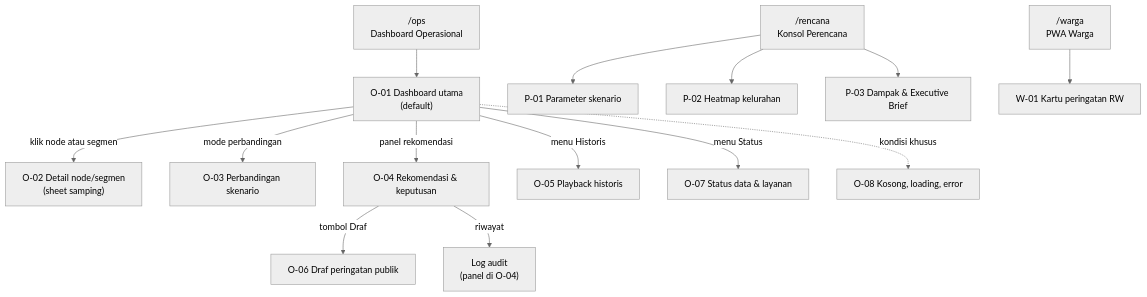
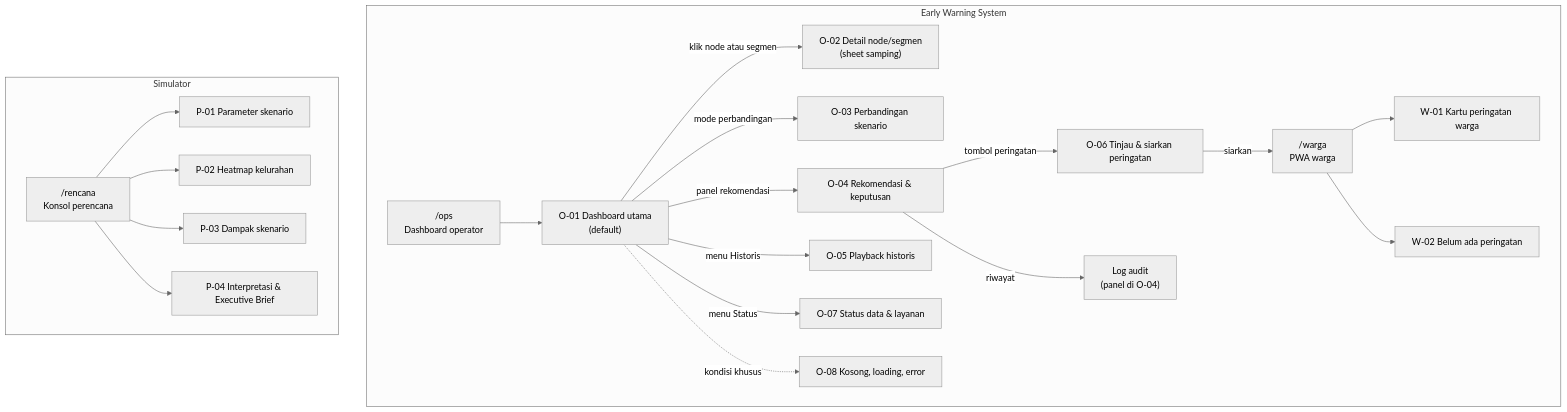
One commit to argonurcahyo/si_bridges changed the diagram in docs/ui-prototype/README.md. Above: the diagram before and after it, drawn with Mermaid (neutral theme). The commit also changed other lines of this file and 126 other files, not shown here.

````diff
--- a/docs/ui-prototype/README.md
+++ b/docs/ui-prototype/README.md
@@ -20,19 +20,27 @@
 ```mermaid
 flowchart TB
-    ROOT["/ops<br/>Dashboard Operasional"]
-    PLAN["/rencana<br/>Konsol Perencana"]
-    WARGA["/warga<br/>PWA Warga"]
-    ROOT --> O01["O-01 Dashboard utama<br/>(default)"]
-    O01 -->|klik node atau segmen| O02["O-02 Detail node/segmen<br/>(sheet samping)"]
-    O01 -->|mode perbandingan| O03["O-03 Perbandingan skenario"]
-    O01 -->|panel rekomendasi| O04["O-04 Rekomendasi & keputusan"]
-    O04 -->|tombol Draf| O06["O-06 Draf peringatan publik"]
-    O01 -->|menu Historis| O05["O-05 Playback historis"]
-    O01 -->|menu Status| O07["O-07 Status data & layanan"]
-    O01 -.->|kondisi khusus| O08["O-08 Kosong, loading, error"]
-    O04 -->|riwayat| LOG["Log audit<br/>(panel di O-04)"]
-    PLAN --> P01["P-01 Parameter skenario"]
-    PLAN --> P02["P-02 Heatmap kelurahan"]
-    PLAN --> P03["P-03 Dampak & Executive Brief"]
-    WARGA --> W01["W-01 Kartu peringatan RW"]
+    subgraph EWS[Early Warning System]
+        ROOT["/ops<br/>Dashboard operator"]
+        WARGA["/warga<br/>PWA warga"]
+        ROOT --> O01["O-01 Dashboard utama<br/>(default)"]
+        O01 -->|klik node atau segmen| O02["O-02 Detail node/segmen<br/>(sheet samping)"]
+        O01 -->|mode perbandingan| O03["O-03 Perbandingan skenario"]
+        O01 -->|panel rekomendasi| O04["O-04 Rekomendasi & keputusan"]
+        O04 -->|tombol peringatan| O06["O-06 Tinjau & siarkan peringatan"]
+        O01 -->|menu Historis| O05["O-05 Playback historis"]
+        O01 -->|menu Status| O07["O-07 Status data & layanan"]
+        O01 -.->|kondisi khusus| O08["O-08 Kosong, loading, error"]
+        O04 -->|riwayat| LOG["Log audit<br/>(panel di O-04)"]
+        O06 -->|siarkan| WARGA
+        WARGA --> W01["W-01 Kartu peringatan warga"]
+        WARGA --> W02["W-02 Belum ada peringatan"]
+    end
+
+    subgraph SIM[Simulator]
+        PLAN["/rencana<br/>Konsol perencana"]
+        PLAN --> P01["P-01 Parameter skenario"]
+        PLAN --> P02["P-02 Heatmap kelurahan"]
+        PLAN --> P03["P-03 Dampak skenario"]
+        PLAN --> P04["P-04 Interpretasi & Executive Brief"]
+    end
 ```
````
